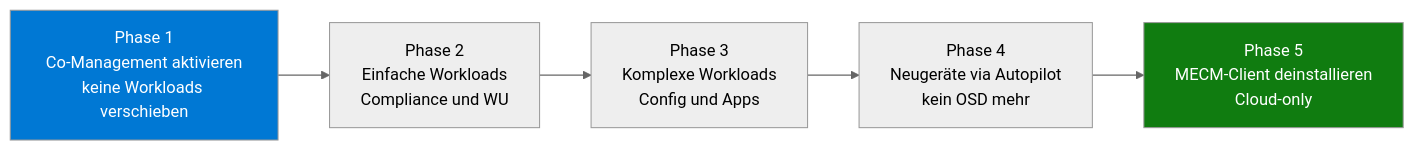
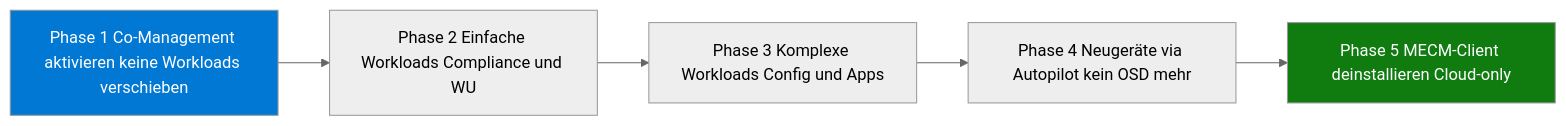
Before and after one commit to SoniiiT/notes-n-docs: the fourth of 5 diagrams in Microsoft 365/System Center/MECM Co-Management.md, drawn with Mermaid (neutral theme). The commit also changed other lines of this file and 124 other files, not shown here.

First line of the commit message:
fix: Entferne \n aus allen Mermaid-Diagrammen (125 Dateien)

````diff
--- a/Microsoft 365/System Center/MECM Co-Management.md
+++ b/Microsoft 365/System Center/MECM Co-Management.md
@@ -188,10 +188,10 @@
 ```mermaid
 flowchart LR
-    P1[Phase 1\nCo-Management aktivieren\nkeine Workloads verschieben] --> P2[Phase 2\nEinfache Workloads\nCompliance und WU]
-    P2 --> P3[Phase 3\nKomplexe Workloads\nConfig und Apps]
-    P3 --> P4[Phase 4\nNeugeräte via Autopilot\nkein OSD mehr]
-    P4 --> P5[Phase 5\nMECM-Client deinstallieren\nCloud-only]
+    P1[Phase 1 Co-Management aktivieren keine Workloads verschieben] --> P2[Phase 2 Einfache Workloads Compliance und WU]
+    P2 --> P3[Phase 3 Komplexe Workloads Config und Apps]
+    P3 --> P4[Phase 4 Neugeräte via Autopilot kein OSD mehr]
+    P4 --> P5[Phase 5 MECM-Client deinstallieren Cloud-only]
 
     style P1 fill:#0078D4,color:#fff
     style P5 fill:#107C10,color:#fff
 ```
````
